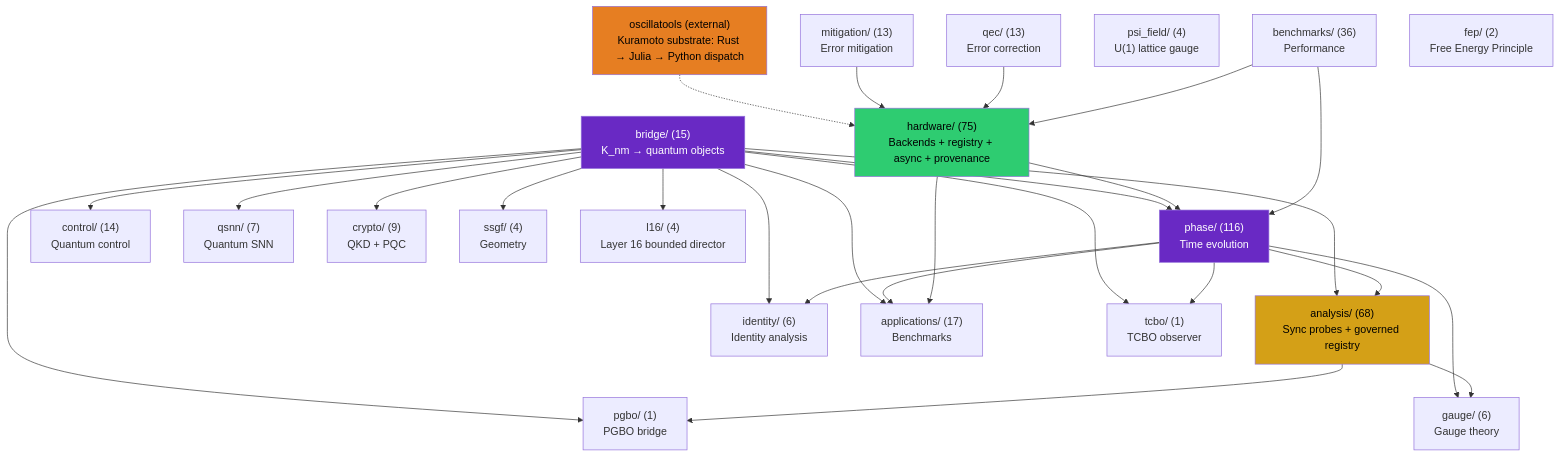
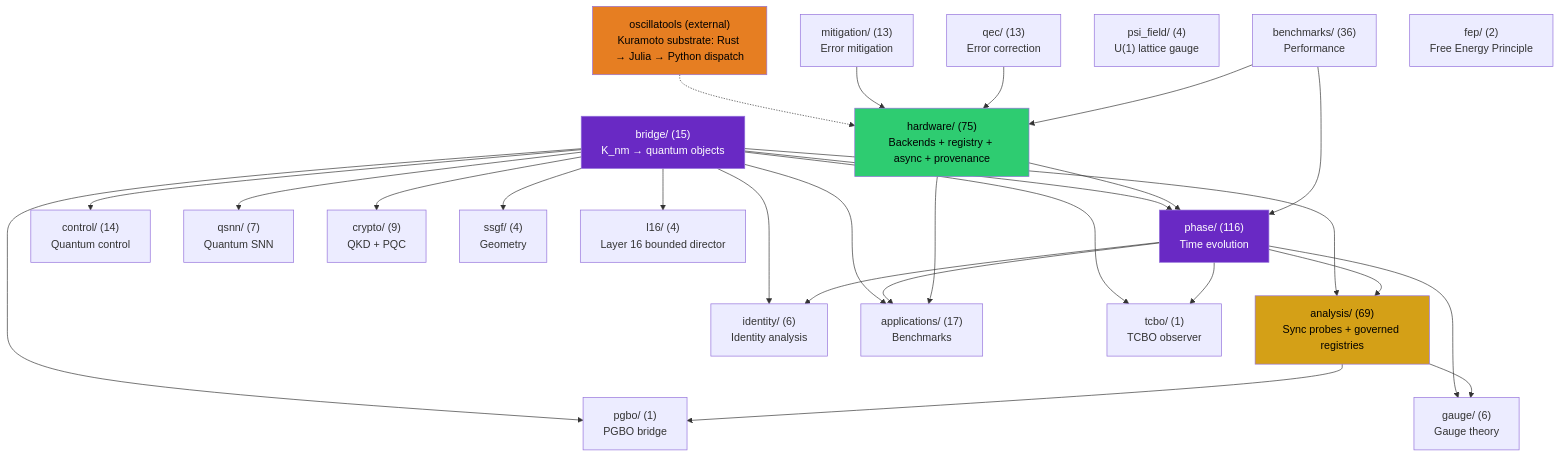
One commit to anulum/scpn-quantum-control changed the first of 4 diagrams in docs/architecture.md. Above: the diagram before and after it, drawn with Mermaid. The commit also changed other lines of this file and 31 other files, not shown here.

````diff
--- a/docs/architecture.md
+++ b/docs/architecture.md
@@ -484,55 +484,55 @@
 ```mermaid
 graph TD
     bridge["bridge/ (15)\nK_nm → quantum objects"]
     phase["phase/ (116)\nTime evolution"]
-    analysis["analysis/ (68)\nSync probes + governed registry"]
+    analysis["analysis/ (69)\nSync probes + governed registries"]
     control["control/ (14)\nQuantum control"]
     qsnn["qsnn/ (7)\nQuantum SNN"]
     identity["identity/ (6)\nIdentity analysis"]
     hardware["hardware/ (75)\nBackends + registry + async + provenance"]
     mitigation["mitigation/ (13)\nError mitigation"]
     qec["qec/ (13)\nError correction"]
     gauge["gauge/ (6)\nGauge theory"]
     apps["applications/ (17)\nBenchmarks"]
     crypto["crypto/ (9)\nQKD + PQC"]
     benchmarks["benchmarks/ (36)\nPerformance"]
     ssgf["ssgf/ (4)\nGeometry"]
     psi_field["psi_field/ (4)\nU(1) lattice gauge"]
     oscillatools["oscillatools (external)\nKuramoto substrate: Rust → Julia → Python dispatch"]
     fep["fep/ (2)\nFree Energy Principle"]
     tcbo["tcbo/ (1)\nTCBO observer"]
     pgbo["pgbo/ (1)\nPGBO bridge"]
     l16["l16/ (4)\nLayer 16 bounded director"]
 
     bridge --> phase
     bridge --> analysis
     bridge --> control
     bridge --> qsnn
     bridge --> identity
     bridge --> apps
     bridge --> crypto
     bridge --> ssgf
     phase --> analysis
     phase --> identity
     phase --> apps
     phase --> gauge
     analysis --> gauge
     hardware --> phase
     hardware --> apps
     oscillatools -.-> hardware
     mitigation --> hardware
     qec --> hardware
     benchmarks --> phase
     benchmarks --> hardware
     bridge --> tcbo
     bridge --> pgbo
     bridge --> l16
     phase --> tcbo
     analysis --> pgbo
 
     style bridge fill:#6929C4,color:#fff
     style analysis fill:#d4a017,color:#000
     style phase fill:#6929C4,color:#fff
     style hardware fill:#2ecc71,color:#000
     style oscillatools fill:#e67e22,color:#000
 ```
````
